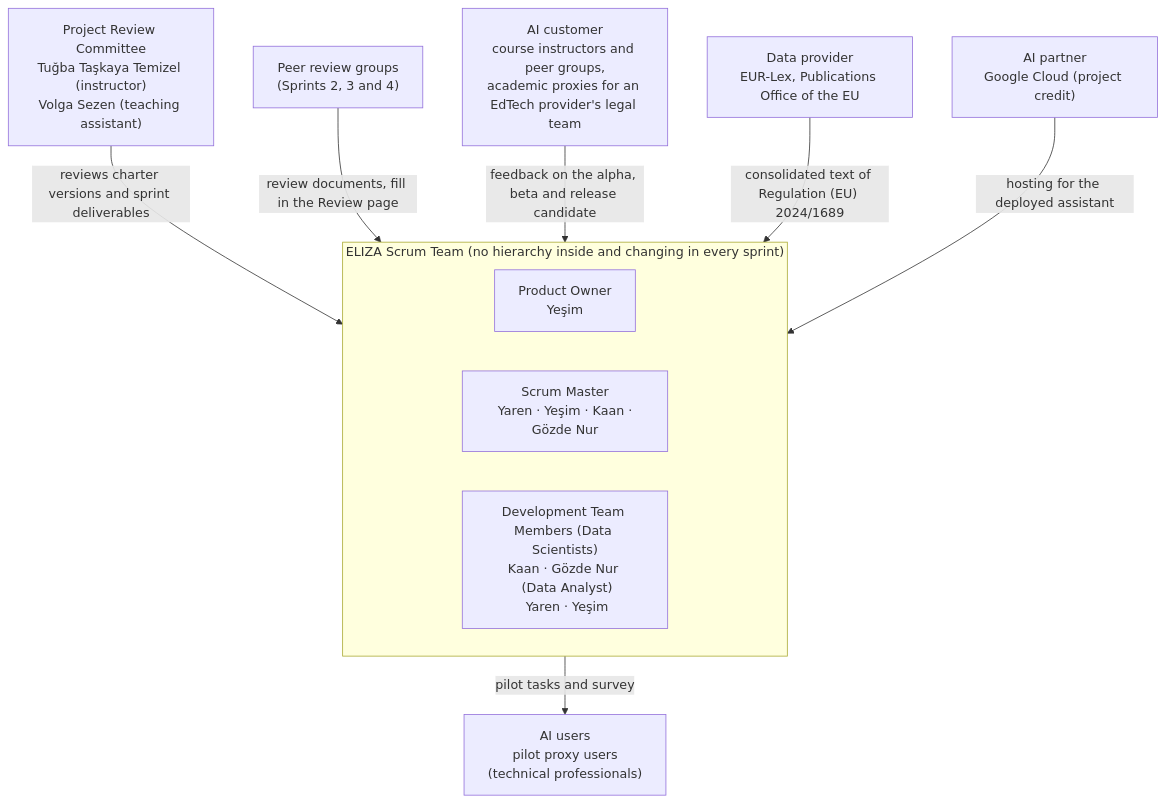
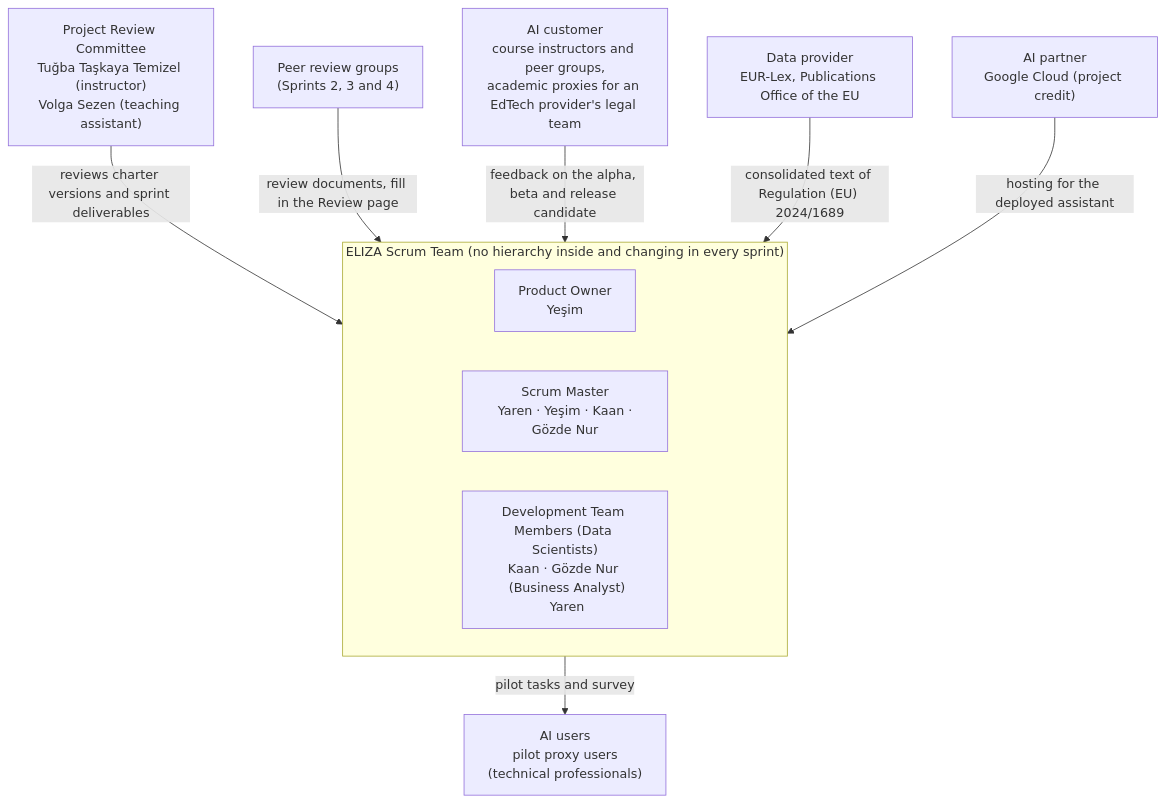
Before and after one commit to ELIZA-DI502/ELIZA_DI502_ORGANIZATION: the diagram in Markdown Template/03-project-canvas/08-project-organization.md, drawn with Mermaid. The commit also changed other lines of this file, not shown here.

````diff
--- a/Markdown Template/03-project-canvas/08-project-organization.md
+++ b/Markdown Template/03-project-canvas/08-project-organization.md
@@ -25,20 +25,20 @@
 ```mermaid
 flowchart TB
     PRC["Project Review Committee<br/>Tuğba Taşkaya Temizel (instructor)<br/>Volga Sezen (teaching assistant)"]
     PEER["Peer review groups<br/>(Sprints 2, 3 and 4)"]
     subgraph TEAM["ELIZA Scrum Team (no hierarchy inside and changing in every sprint)"]
         PO["Product Owner<br/>Yeşim "]
         SM["Scrum Master<br/> Yaren · Yeşim · Kaan · Gözde Nur "]
-        DS["Development Team Members (Data Scientists)<br/>Kaan · Gözde Nur <br/> (Data Analyst)<br/> Yaren · Yeşim "]
+        DS["Development Team Members (Data Scientists)<br/>Kaan · Gözde Nur <br/> (Business Analyst)<br/> Yaren "]
     end
     CUST["AI customer<br/>course instructors and peer groups,<br/>academic proxies for an EdTech provider's legal team"]
     USERS["AI users<br/>pilot proxy users<br/>(technical professionals)"]
     DATA["Data provider<br/>EUR-Lex, Publications Office of the EU"]
     PART["AI partner<br/>Google Cloud (project credit)"]
     PRC -- "reviews charter versions and sprint deliverables" --> TEAM
     PEER -- "review documents, fill in the Review page" --> TEAM
     CUST -- "feedback on the alpha, beta and release candidate" --> TEAM
     TEAM -- "pilot tasks and survey" --> USERS
     DATA -- "consolidated text of Regulation (EU) 2024/1689" --> TEAM
     PART -- "hosting for the deployed assistant" --> TEAM
 ```
````
